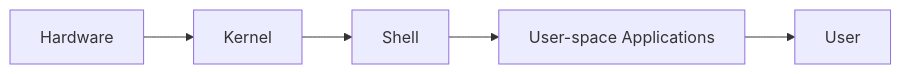
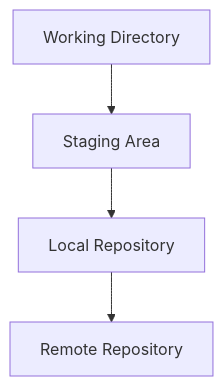
The first of 6 diagrams in lectures/02/git.md (aminah7med/data-engineering-journey), drawn with Mermaid before and after one commit. The commit also changed other lines of this file, not shown here.

````diff
--- a/lectures/02/git.md
+++ b/lectures/02/git.md
@@ -15,7 +77,6 @@
 ```mermaid
-flowchart LR
-    A[Hardware] --> B[Kernel]
-    B --> C[Shell]
-    C --> D[User-space Applications]
-    D --> E[User]
+flowchart TD
+    A[Working Directory] --> B[Staging Area]
+    B --> C[Local Repository]
+    C --> D[Remote Repository]
 ```
````
